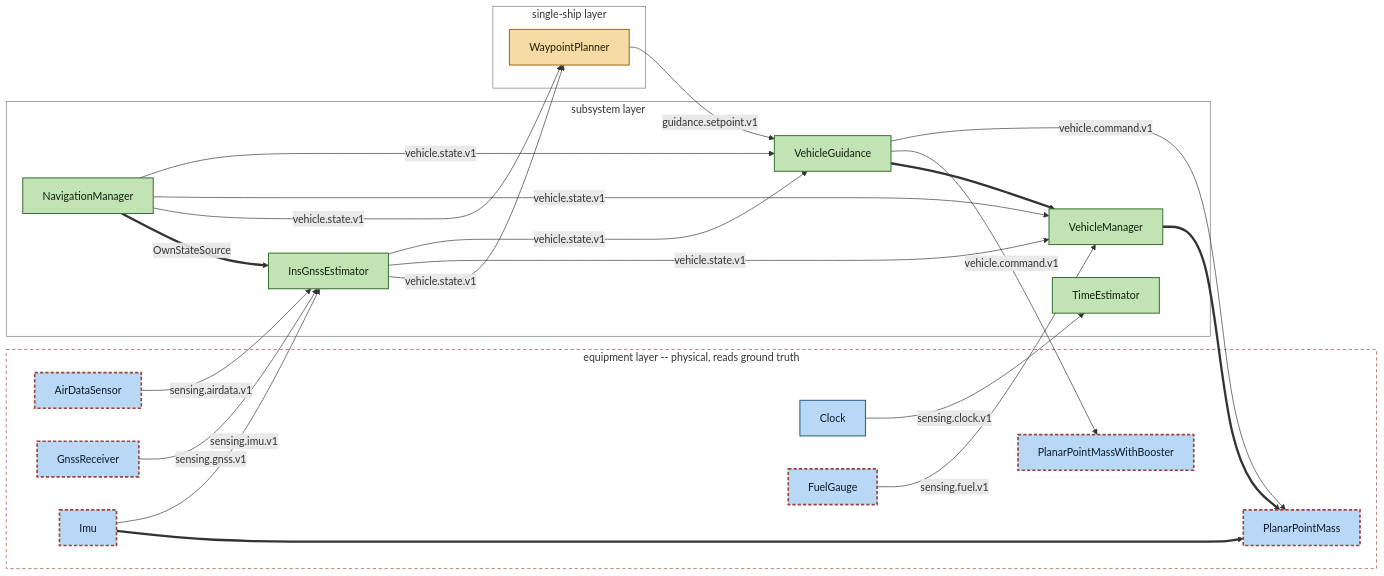
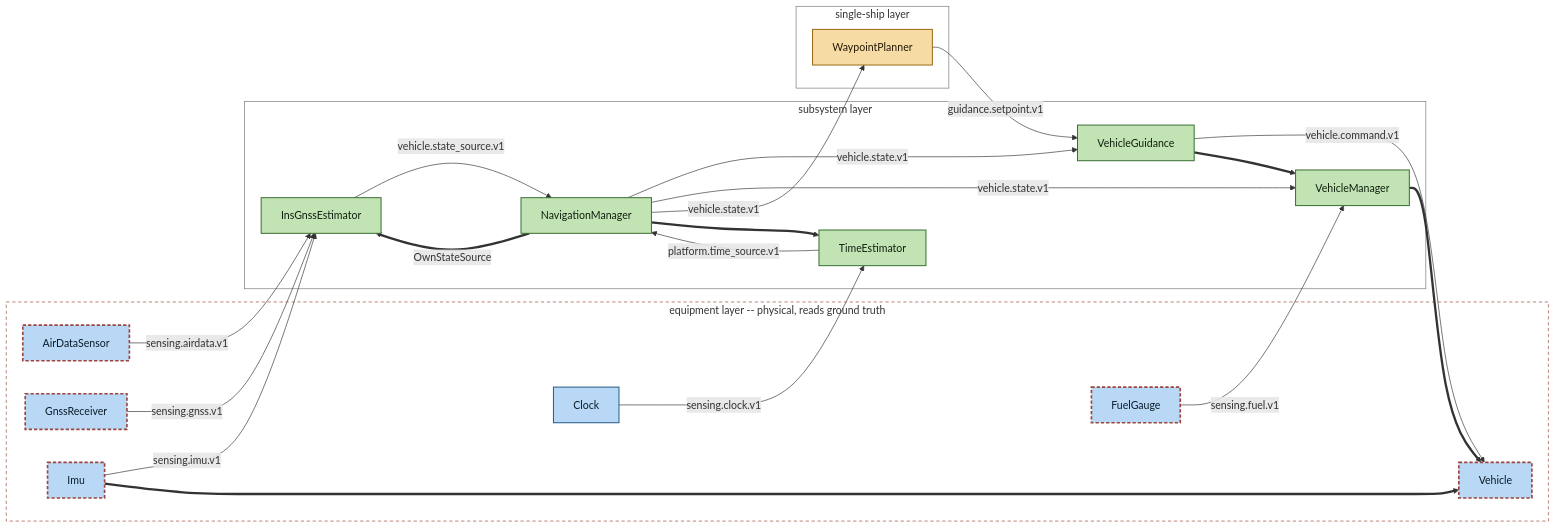
The diagram in docs/20-architecture.md (robinforsling/ose-prototype), drawn with Mermaid before and after one commit. The commit also changed other lines of this file and 20 other files, not shown here.

First line of the commit message:
Make the navigation manager the platform's single PNT publisher

````diff
--- a/docs/20-architecture.md
+++ b/docs/20-architecture.md
@@ -48,55 +48,53 @@
 ```mermaid
 %% Generated by tools/generate_architecture_diagram.py -- do not edit by hand.
 flowchart LR
   subgraph layer_equipment["equipment layer -- physical, reads ground truth"]
     AirDataSensor["AirDataSensor"]
     Clock["Clock"]
     FuelGauge["FuelGauge"]
     GnssReceiver["GnssReceiver"]
     Imu["Imu"]
-    PlanarPointMass["PlanarPointMass"]
-    PlanarPointMassWithBooster["PlanarPointMassWithBooster"]
+    Vehicle["Vehicle"]
   end
   subgraph layer_subsystem["subsystem layer"]
     InsGnssEstimator["InsGnssEstimator"]
     NavigationManager["NavigationManager"]
     TimeEstimator["TimeEstimator"]
     VehicleGuidance["VehicleGuidance"]
     VehicleManager["VehicleManager"]
   end
   subgraph layer_single_ship["single-ship layer"]
     WaypointPlanner["WaypointPlanner"]
   end
 
   AirDataSensor -->|"sensing.airdata.v1"| InsGnssEstimator
   Clock -->|"sensing.clock.v1"| TimeEstimator
   FuelGauge -->|"sensing.fuel.v1"| VehicleManager
   GnssReceiver -->|"sensing.gnss.v1"| InsGnssEstimator
   Imu -->|"sensing.imu.v1"| InsGnssEstimator
-  InsGnssEstimator -->|"vehicle.state.v1"| VehicleGuidance
-  InsGnssEstimator -->|"vehicle.state.v1"| VehicleManager
-  InsGnssEstimator -->|"vehicle.state.v1"| WaypointPlanner
+  InsGnssEstimator -->|"vehicle.state_source.v1"| NavigationManager
   NavigationManager -->|"vehicle.state.v1"| VehicleGuidance
   NavigationManager -->|"vehicle.state.v1"| VehicleManager
   NavigationManager -->|"vehicle.state.v1"| WaypointPlanner
-  VehicleGuidance -->|"vehicle.command.v1"| PlanarPointMass
-  VehicleGuidance -->|"vehicle.command.v1"| PlanarPointMassWithBooster
+  TimeEstimator -->|"platform.time_source.v1"| NavigationManager
+  VehicleGuidance -->|"vehicle.command.v1"| Vehicle
   WaypointPlanner -->|"guidance.setpoint.v1"| VehicleGuidance
 
-  Imu ==> PlanarPointMass
+  Imu ==> Vehicle
   NavigationManager ==>|"OwnStateSource"| InsGnssEstimator
+  NavigationManager ==> TimeEstimator
   VehicleGuidance ==> VehicleManager
-  VehicleManager ==> PlanarPointMass
+  VehicleManager ==> Vehicle
 
   classDef equipment fill:#b8d8f5,stroke:#245a87,color:#0b1a28,stroke-width:1.5px
   classDef subsystem fill:#c2e3b4,stroke:#376e32,color:#101f0e,stroke-width:1.5px
   classDef single_ship fill:#f6dba4,stroke:#96690f,color:#241a06,stroke-width:1.5px
   classDef readsTruth stroke:#9c453e,stroke-width:2.5px,stroke-dasharray:5 3
-  class AirDataSensor,Clock,FuelGauge,GnssReceiver,Imu,PlanarPointMass,PlanarPointMassWithBooster equipment
+  class AirDataSensor,Clock,FuelGauge,GnssReceiver,Imu,Vehicle equipment
   class InsGnssEstimator,NavigationManager,TimeEstimator,VehicleGuidance,VehicleManager subsystem
   class WaypointPlanner single_ship
-  class AirDataSensor,FuelGauge,GnssReceiver,Imu,PlanarPointMass,PlanarPointMassWithBooster readsTruth
+  class AirDataSensor,FuelGauge,GnssReceiver,Imu,Vehicle readsTruth
   style layer_equipment fill:none,stroke:#9c453e,stroke-dasharray:5 4
   style layer_subsystem fill:none,stroke:#767676
   style layer_single_ship fill:none,stroke:#767676
 ```
````
